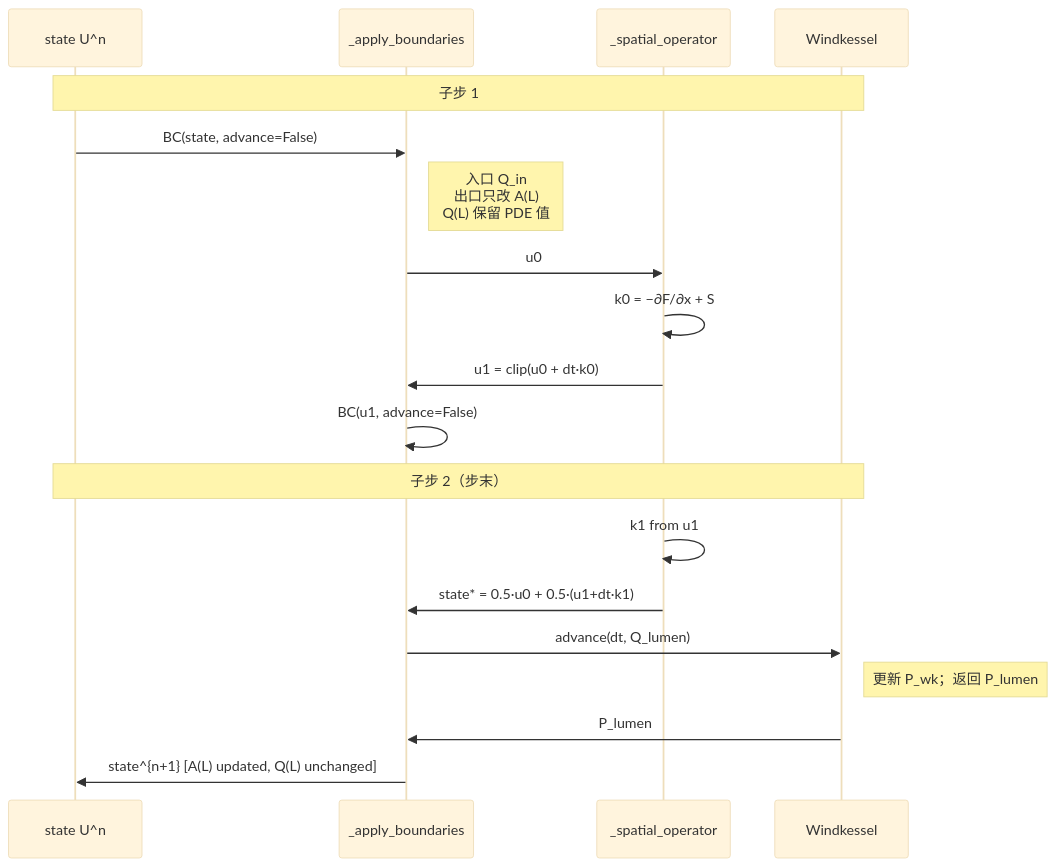
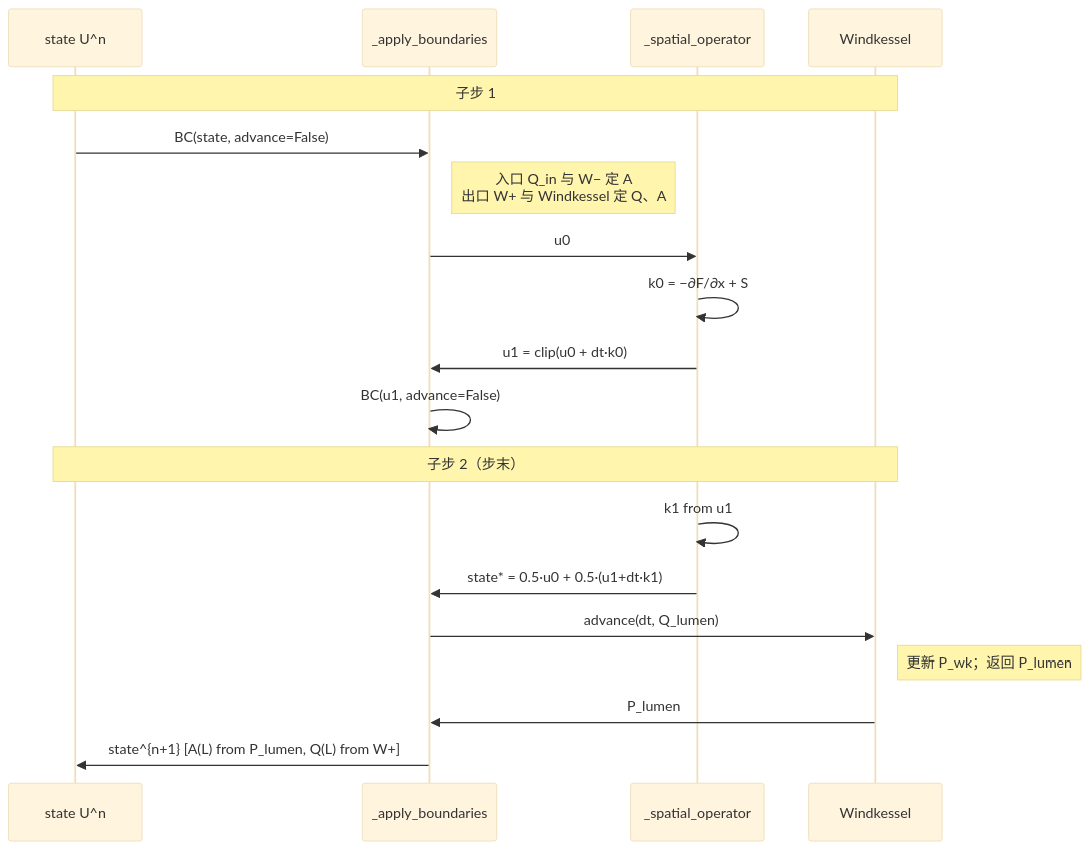
Before and after one commit to WZero98/Coronary_dynamic_simulation: the third of 4 diagrams in docs/navier_stokes_1d.md, drawn with Mermaid (base theme). The commit also changed other lines of this file and 11 other files, not shown here.

````diff
--- a/docs/navier_stokes_1d.md
+++ b/docs/navier_stokes_1d.md
@@ -566,23 +597,23 @@
 ```mermaid
 sequenceDiagram
     participant S as state U^n
     participant BC as _apply_boundaries
     participant L as _spatial_operator
     participant WK as Windkessel
 
     Note over S,WK: 子步 1
     S->>BC: BC(state, advance=False)
-    Note right of BC: 入口 Q_in<br/>出口只改 A(L)<br/>Q(L) 保留 PDE 值
+    Note right of BC: 入口 Q_in 与 W− 定 A<br/>出口 W+ 与 Windkessel 定 Q、A
     BC->>L: u0
     L->>L: k0 = −∂F/∂x + S
     L->>BC: u1 = clip(u0 + dt·k0)
     BC->>BC: BC(u1, advance=False)
 
     Note over S,WK: 子步 2（步末）
     L->>L: k1 from u1
     L->>BC: state* = 0.5·u0 + 0.5·(u1+dt·k1)
     BC->>WK: advance(dt, Q_lumen)
     Note right of WK: 更新 P_wk；返回 P_lumen
     WK->>BC: P_lumen
-    BC->>S: state^{n+1} [A(L) updated, Q(L) unchanged]
+    BC->>S: state^{n+1} [A(L) from P_lumen, Q(L) from W+]
 ```
````
